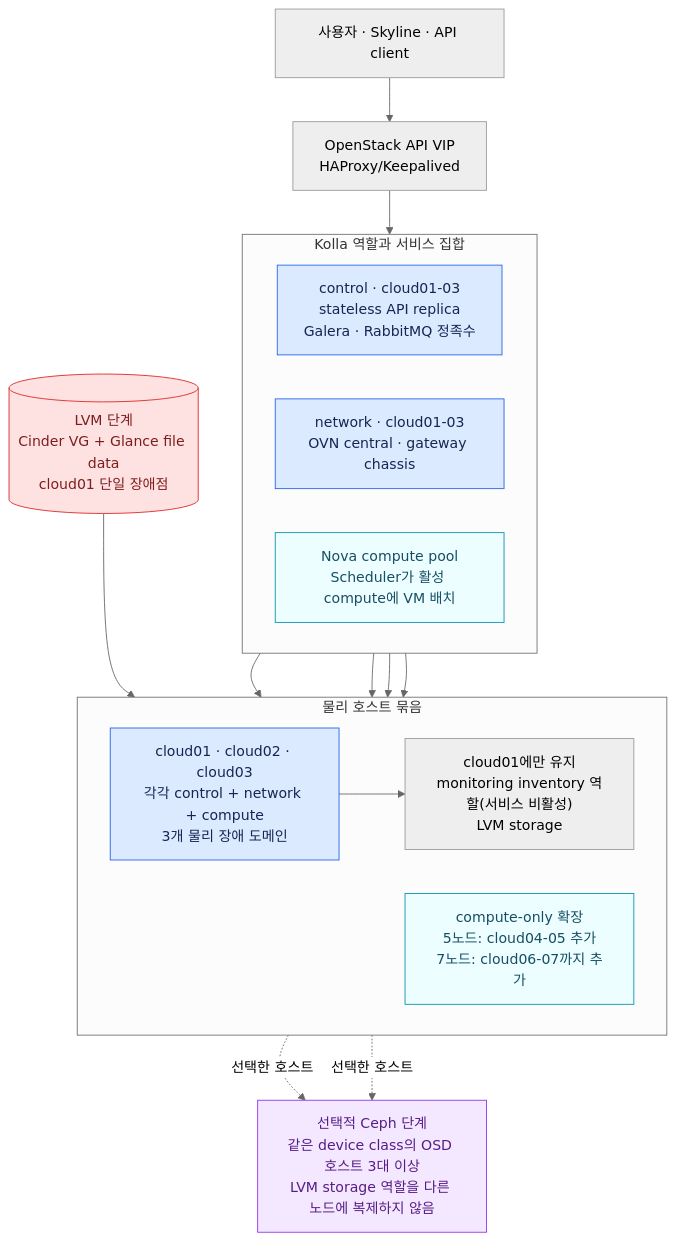
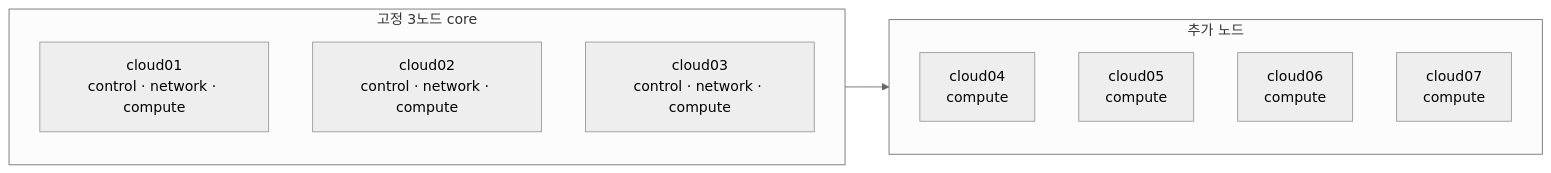
One commit to overture-1928/Infra changed the diagram in docs/three-node-expansion.md. Above: the diagram before and after it, drawn with Mermaid (neutral theme). The commit also changed other lines of this file and 39 other files, not shown here.

First line of the commit message:
Deploy fresh three-node Ceph OpenStack

````diff
--- a/docs/three-node-expansion.md
+++ b/docs/three-node-expansion.md
@@ -34,40 +8,15 @@
 ```mermaid
-flowchart TB
-    CLIENT["사용자 · Skyline · API client"] --> VIP["OpenStack API VIP<br/>HAProxy/Keepalived"]
-
-    subgraph ROLES["Kolla 역할과 서비스 집합"]
-        direction LR
-        CONTROL["control · cloud01-03<br/>stateless API replica<br/>Galera · RabbitMQ 정족수"]
-        NET["network · cloud01-03<br/>OVN central · gateway chassis"]
-        NOVA["Nova compute pool<br/>Scheduler가 활성 compute에 VM 배치"]
-    end
-
-    subgraph PHYSICAL["물리 호스트 묶음"]
-        direction LR
-        CORE["cloud01 · cloud02 · cloud03<br/>각각 control + network + compute<br/>3개 물리 장애 도메인"]
-        EXTRA["compute-only 확장<br/>5노드: cloud04-05 추가<br/>7노드: cloud06-07까지 추가"]
-        C1LOCAL["cloud01에만 유지<br/>monitoring inventory 역할(서비스 비활성)<br/>LVM storage"]
-    end
-
-    VIP --> CONTROL
-    CONTROL --> CORE
-    NET --> CORE
-    NOVA --> CORE
-    NOVA --> EXTRA
-    CORE --> C1LOCAL
-
-    LVM[("LVM 단계<br/>Cinder VG + Glance file data<br/>cloud01 단일 장애점")] --> C1LOCAL
-
-    CEPH["선택적 Ceph 단계<br/>같은 device class의 OSD 호스트 3대 이상<br/>LVM storage 역할을 다른 노드에 복제하지 않음"]
-    CORE -.->|"선택한 호스트"| CEPH
-    EXTRA -.->|"선택한 호스트"| CEPH
-
-    classDef control fill:#dbeafe,stroke:#2563eb,color:#172554;
-    classDef compute fill:#ecfeff,stroke:#0891b2,color:#164e63;
-    classDef danger fill:#fee2e2,stroke:#dc2626,color:#7f1d1d;
-    classDef ceph fill:#f3e8ff,stroke:#9333ea,color:#581c87;
-    class CONTROL,NET,CORE control;
-    class NOVA,EXTRA compute;
-    class LVM danger;
-    class CEPH ceph;
+flowchart LR
+  subgraph CORE["고정 3노드 core"]
+    C1["cloud01<br/>control · network · compute"]
+    C2["cloud02<br/>control · network · compute"]
+    C3["cloud03<br/>control · network · compute"]
+  end
+  subgraph EXTRA["추가 노드"]
+    C4["cloud04<br/>compute"]
+    C5["cloud05<br/>compute"]
+    C6["cloud06<br/>compute"]
+    C7["cloud07<br/>compute"]
+  end
+  CORE --> EXTRA
 ```
````
